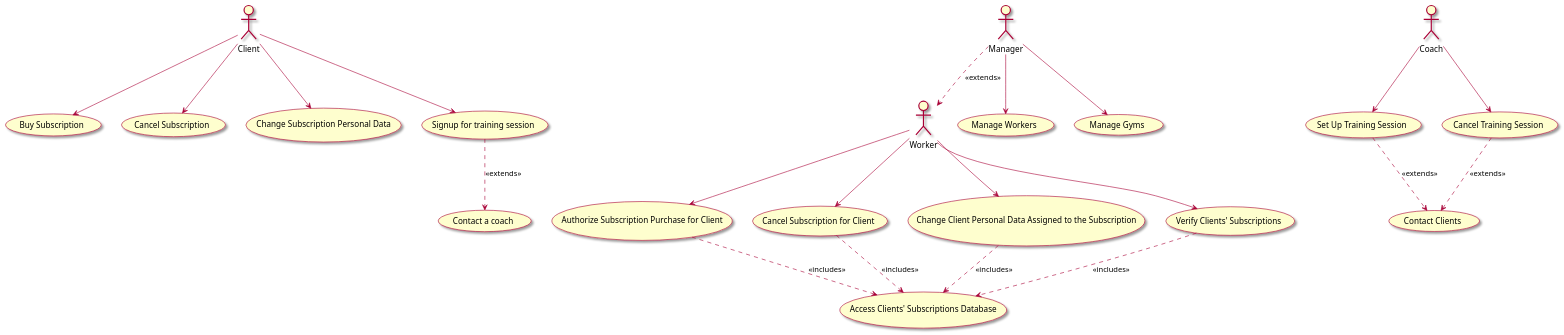
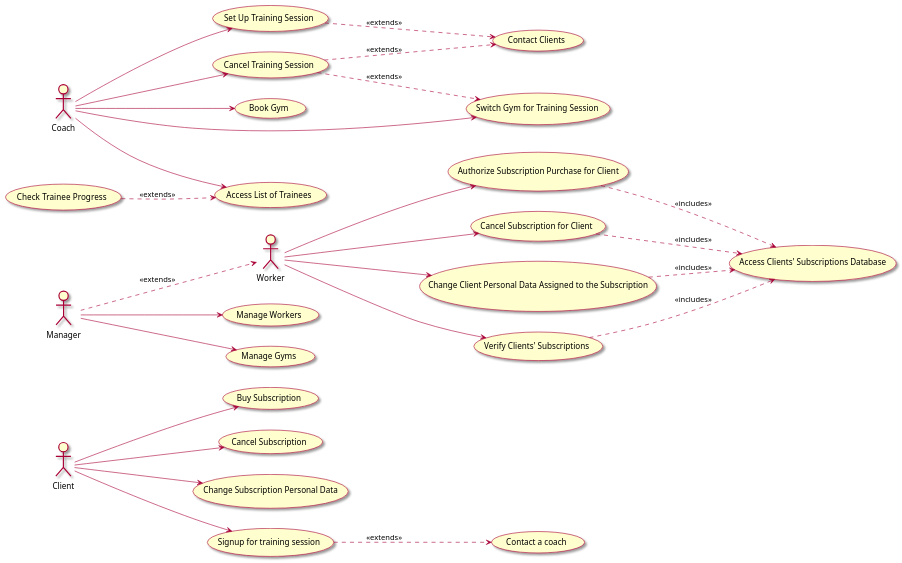
The diagram in lab1_2/uml/usecases.puml (filip-stepien/software-engineering-lab), drawn with PlantUML before and after one commit. The commit also changed 1 other file, not shown here.

```diff
--- a/lab1_2/uml/usecases.puml
+++ b/lab1_2/uml/usecases.puml
@@ -2,65 +2,76 @@
-@startuml
+@startuml diagram
 
+left to right direction
 skin rose
 
 actor Client as client
 actor Manager as manager
 actor Coach as coach
 actor Worker as worker
 
 
 'client
 usecase "Buy Subscription" as buySubscription
 usecase "Cancel Subscription" as cancelSubscription
 usecase "Change Subscription Personal Data" as changePersonalData
 usecase "Signup for training session" as signupTraining
 usecase "Contact a coach" as contactCoach
 
 client --> buySubscription
 client --> cancelSubscription
 client --> changePersonalData
 client --> signupTraining
 
 signupTraining -.> contactCoach  : <<extends>>
 
 'coach
 
 usecase "Set Up Training Session" as setUpSession
 usecase "Cancel Training Session" as cancelSession
 usecase "Contact Clients" as contactClients
+usecase "Book Gym" as BookGym
+usecase "Switch Gym for Training Session" as SwitchGym
+usecase "Access List of Trainees" as AccessTrainessList
+usecase "Check Trainee Progress" as CheckTrainneProgress
 
 coach --> setUpSession
 coach --> cancelSession
+coach --> BookGym
+coach --> SwitchGym
+coach --> AccessTrainessList
+CheckTrainneProgress  -.> AccessTrainessList : <<extends>>
+
 setUpSession -.> contactClients : <<extends>>
 cancelSession -.> contactClients : <<extends>>
+cancelSession -.> SwitchGym : <<extends>>
 
 'worker
 usecase "Authorize Subscription Purchase for Client" as authorizePurchase
 usecase "Cancel Subscription for Client" as cancelClientSubscription
 usecase "Change Client Personal Data Assigned to the Subscription" as changeClientData
 usecase "Verify Clients' Subscriptions" as verifySubscriptions
 usecase "Access Clients' Subscriptions Database" as accessDatabase
 
 worker --> authorizePurchase
 worker --> cancelClientSubscription
 worker --> changeClientData
 worker --> verifySubscriptions
 
 authorizePurchase -.> accessDatabase : <<includes>>
 cancelClientSubscription -.> accessDatabase : <<includes>>
 changeClientData -.> accessDatabase : <<includes>>
 verifySubscriptions -.> accessDatabase : <<includes>>
 
 
 'manager
 manager -.> worker : <<extends>>
 
 usecase "Manage Workers" as manageWorkers
 usecase "Manage Gyms" as manageGyms
 
 manager --> manageWorkers
 manager --> manageGyms
 
 
 
 @enduml
```
